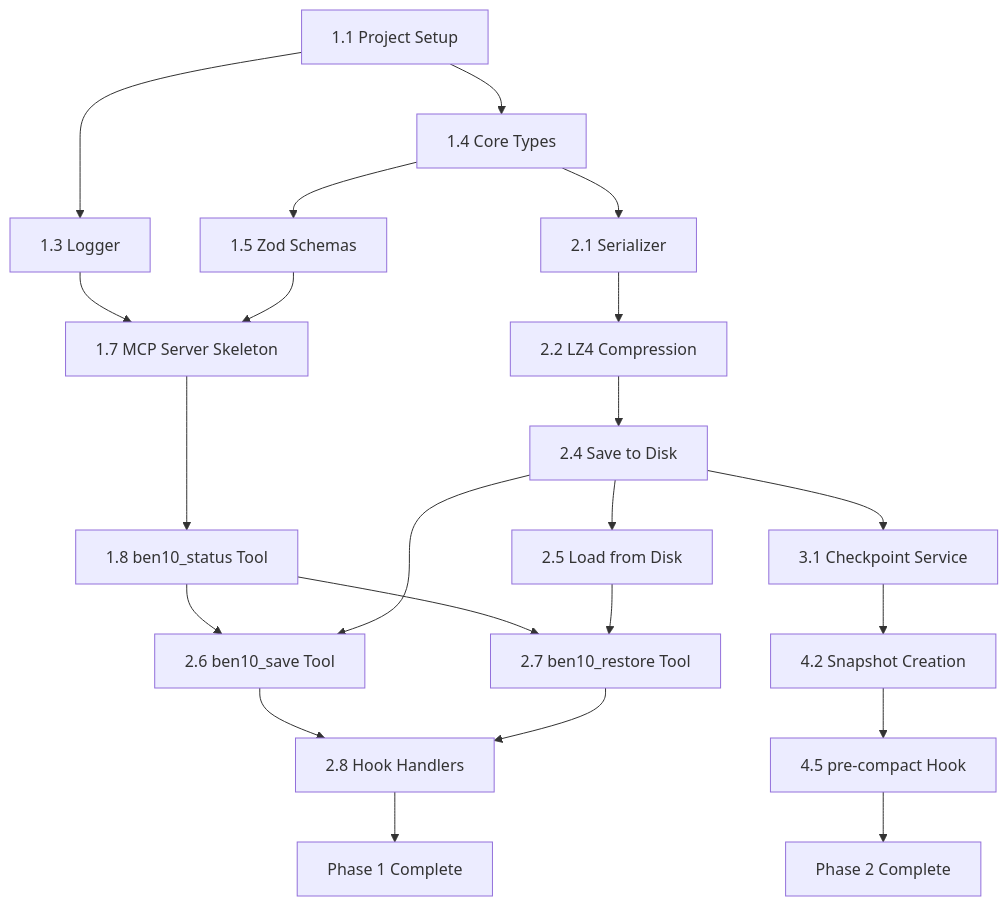
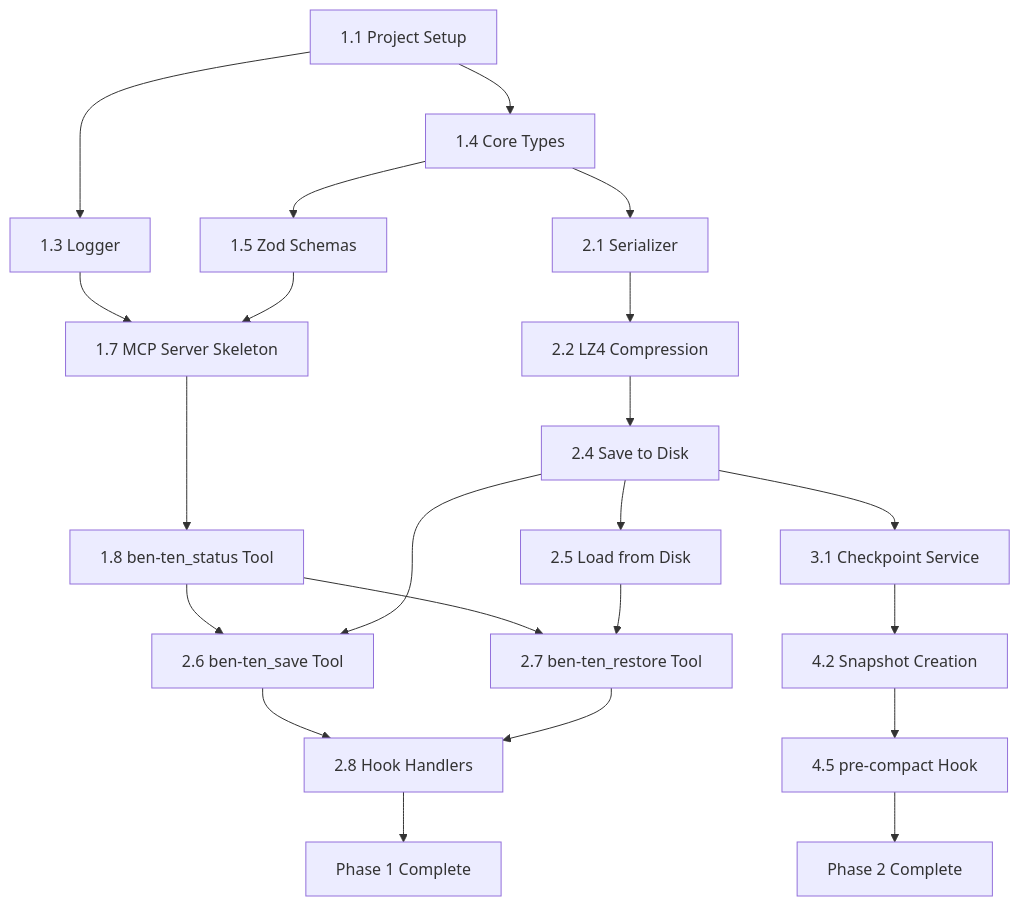
One commit to rhoulihan/ben-ten changed the diagram in docs/IMPLEMENTATION_PLAN.md. Above: the diagram before and after it, drawn with Mermaid. The commit also changed other lines of this file and 33 other files, not shown here.

````diff
--- a/docs/IMPLEMENTATION_PLAN.md
+++ b/docs/IMPLEMENTATION_PLAN.md
@@ -885,28 +885,28 @@
 ```mermaid
 graph TD
     A[1.1 Project Setup] --> B[1.4 Core Types]
     A --> C[1.3 Logger]
     B --> D[1.5 Zod Schemas]
     C --> E[1.7 MCP Server Skeleton]
     D --> E
-    E --> F[1.8 ben10_status Tool]
+    E --> F[1.8 ben-ten_status Tool]
 
     B --> G[2.1 Serializer]
     G --> H[2.2 LZ4 Compression]
     H --> I[2.4 Save to Disk]
     I --> J[2.5 Load from Disk]
 
-    F --> K[2.6 ben10_save Tool]
+    F --> K[2.6 ben-ten_save Tool]
     I --> K
-    F --> L[2.7 ben10_restore Tool]
+    F --> L[2.7 ben-ten_restore Tool]
     J --> L
 
     K --> M[2.8 Hook Handlers]
     L --> M
     M --> N[Phase 1 Complete]
 
     I --> O[3.1 Checkpoint Service]
     O --> P[4.2 Snapshot Creation]
     P --> Q[4.5 pre-compact Hook]
     Q --> R[Phase 2 Complete]
 ```
````
